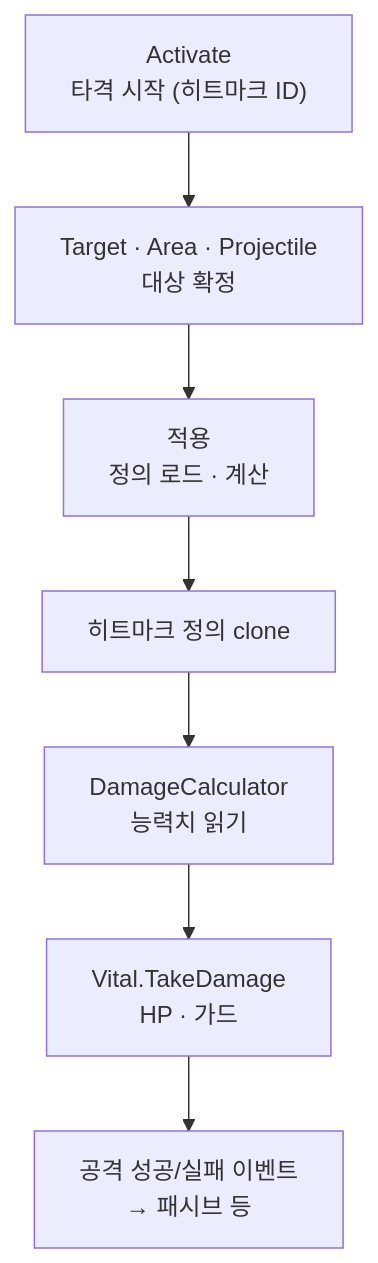
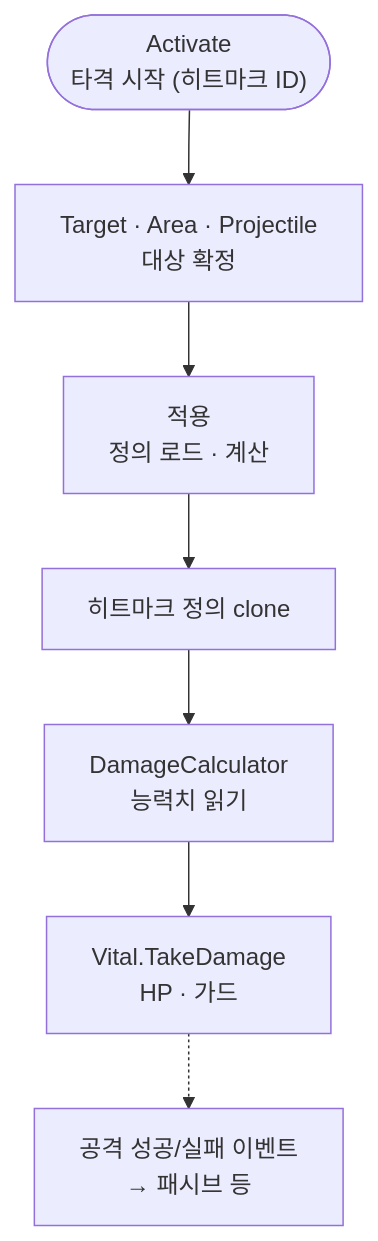
The diagram in notes/dragon-combat-hit-flow.md (monet5379/monet5379.github.io), drawn with Mermaid before and after one commit. The commit also changed other lines of this file and 7 other files, not shown here.

Commit message:
fix(notes): dragon-combat How Mermaid visual contract

````diff
--- a/notes/dragon-combat-hit-flow.md
+++ b/notes/dragon-combat-hit-flow.md
@@ -49,9 +49,10 @@
 ```mermaid
 flowchart TD
-  ACT["Activate<br/>타격 시작 (히트마크 ID)"] --> FORM["Target · Area · Projectile<br/>대상 확정"]
+  ACT(["Activate<br/>타격 시작 (히트마크 ID)"])
+  ACT --> FORM["Target · Area · Projectile<br/>대상 확정"]
   FORM --> APP["적용<br/>정의 로드 · 계산"]
   APP --> DEF["히트마크 정의 clone"]
   DEF --> CALC["DamageCalculator<br/>능력치 읽기"]
   CALC --> VIT["Vital.TakeDamage<br/>HP · 가드"]
-  VIT --> EVT["공격 성공/실패 이벤트<br/>→ 패시브 등"]
+  VIT -.-> EVT["공격 성공/실패 이벤트<br/>→ 패시브 등"]
 ```
````
